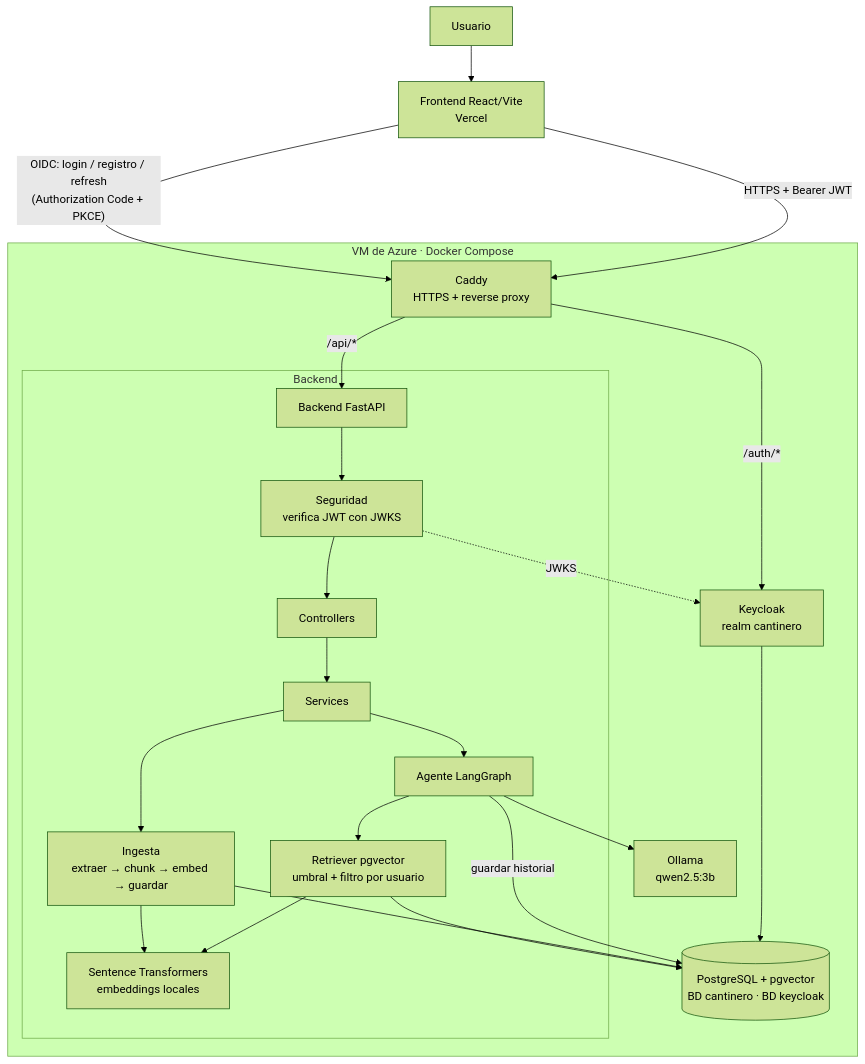
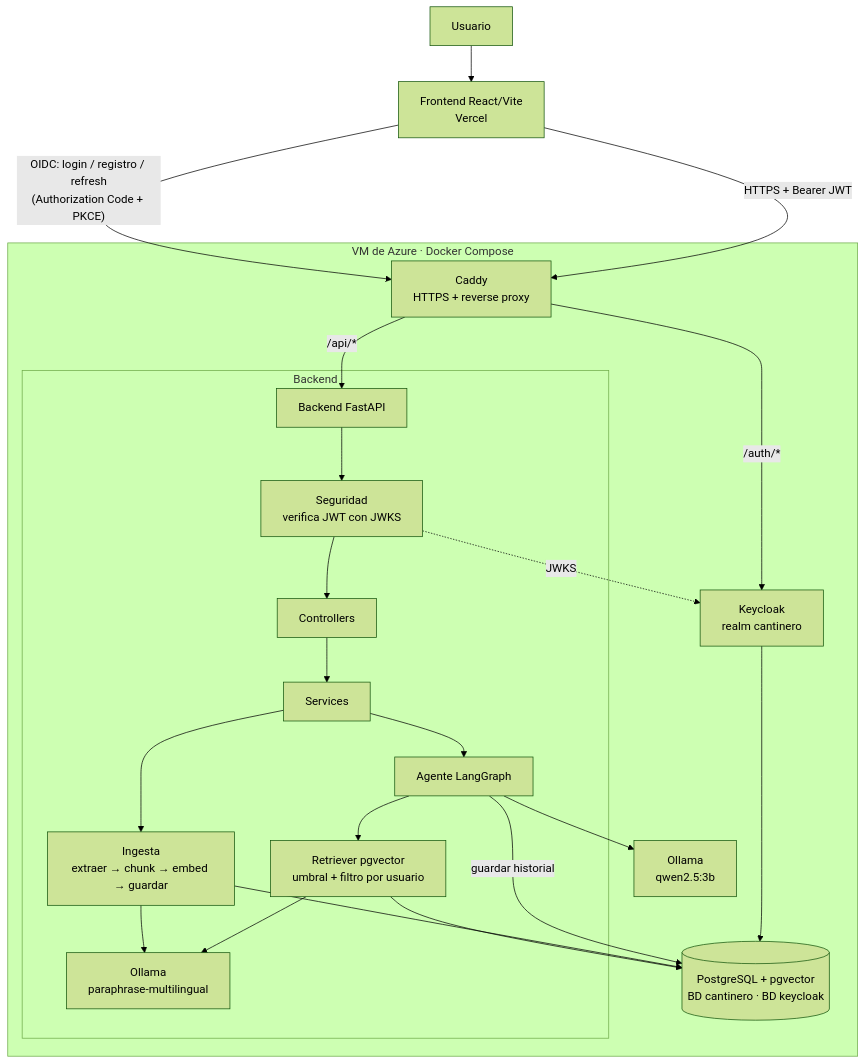
One commit to pgil766/cantinero changed the first of 3 diagrams in AGENTS.md. Above: the diagram before and after it, drawn with Mermaid (forest theme). The commit also changed other lines of this file and 1 other file, not shown here.

Commit message:
docs: fase 2 (decisión D13 de embeddings y mediciones del modelo local)

````diff
--- a/AGENTS.md
+++ b/AGENTS.md
@@ -466,31 +466,31 @@
 ```mermaid
 flowchart TD
     U[Usuario] --> FE[Frontend React/Vite<br/>Vercel]
     FE -- "OIDC: login / registro / refresh<br/>(Authorization Code + PKCE)" --> CADDY
     FE -- "HTTPS + Bearer JWT" --> CADDY
 
     subgraph VM [VM de Azure · Docker Compose]
         CADDY[Caddy<br/>HTTPS + reverse proxy]
         CADDY -- "/auth/*" --> KC[Keycloak<br/>realm cantinero]
         CADDY -- "/api/*" --> API[Backend FastAPI]
 
         subgraph BACKEND [Backend]
             API --> SEC[Seguridad<br/>verifica JWT con JWKS]
             SEC --> CTRL[Controllers]
             CTRL --> SVC[Services]
             SVC --> ING[Ingesta<br/>extraer → chunk → embed → guardar]
             SVC --> AG[Agente LangGraph]
             AG --> RET[Retriever pgvector<br/>umbral + filtro por usuario]
-            ING --> EMB[Sentence Transformers<br/>embeddings locales]
+            ING --> EMB[Ollama<br/>paraphrase-multilingual]
             RET --> EMB
         end
 
         AG --> OLL[Ollama<br/>qwen2.5:3b]
         SEC -. "JWKS" .-> KC
         PG[(PostgreSQL + pgvector<br/>BD cantinero · BD keycloak)]
         RET --> PG
         ING --> PG
         AG -- "guardar historial" --> PG
         KC --> PG
     end
 ```
````
